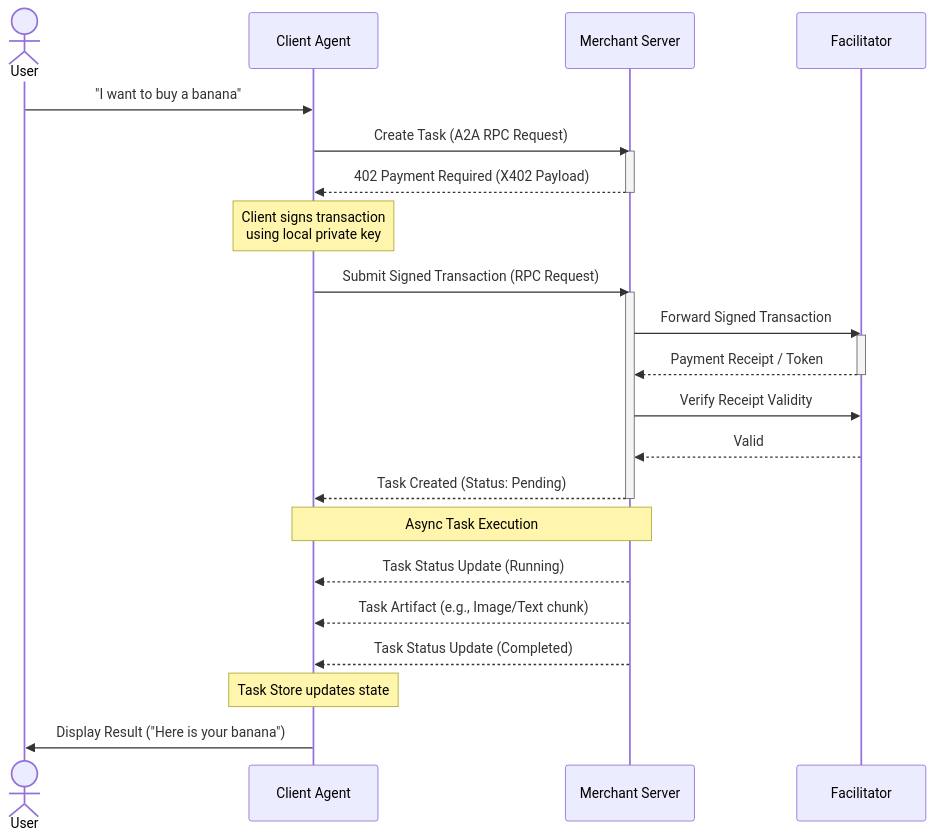
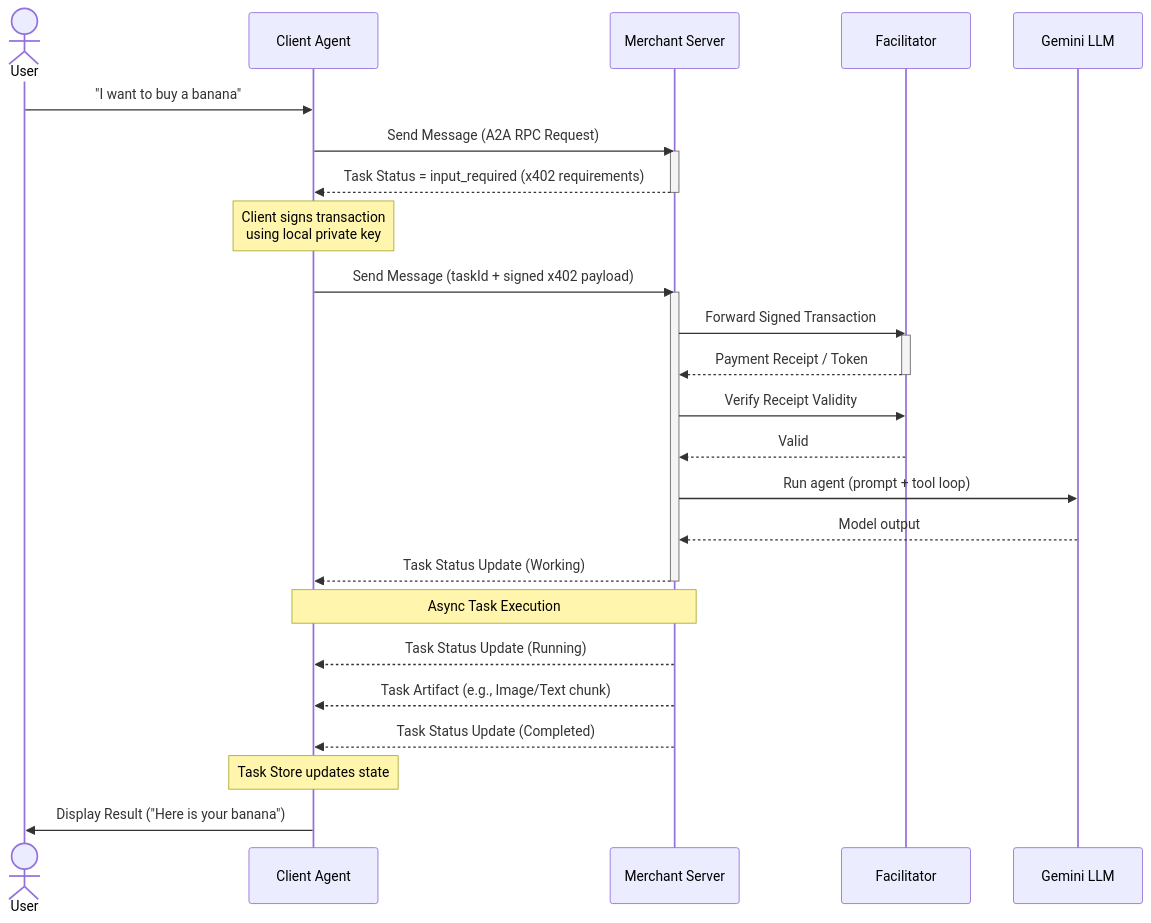
One commit to bankofai/x402-demo changed the second of 2 diagrams in a2a/README.md. Above: the diagram before and after it, drawn with Mermaid. The commit also changed other lines of this file and 14 other files, not shown here.

````diff
--- a/a2a/README.md
+++ b/a2a/README.md
@@ -42,41 +72,44 @@
 ```mermaid
 sequenceDiagram
     actor User
     participant Client as Client Agent
     participant Server as Merchant Server
     participant Fac as Facilitator
+    participant LLM as Gemini LLM
 
     User->>Client: "I want to buy a banana"
     
     %% Initial Task Request
-    Client->>Server: Create Task (A2A RPC Request)
+    Client->>Server: Send Message (A2A RPC Request)
     activate Server
-    Server-->>Client: 402 Payment Required (X402 Payload)
+    Server-->>Client: Task Status = input_required (x402 requirements)
     deactivate Server
     
     %% Payment Phase
     Note over Client: Client signs transaction<br/>using local private key
-    Client->>Server: Submit Signed Transaction (RPC Request)
+    Client->>Server: Send Message (taskId + signed x402 payload)
     activate Server
     Server->>Fac: Forward Signed Transaction
     activate Fac
     Fac-->>Server: Payment Receipt / Token
     deactivate Fac
     
     %% Resume Task with Payment
     Server->>Fac: Verify Receipt Validity
     Fac-->>Server: Valid
     
     %% Task Execution & Async Updates
-    Server-->>Client: Task Created (Status: Pending)
+    Server->>LLM: Run agent (prompt + tool loop)
+    LLM-->>Server: Model output
+    Server-->>Client: Task Status Update (Working)
     deactivate Server
     
     Note over Client, Server: Async Task Execution
     Server-->>Client: Task Status Update (Running)
     Server-->>Client: Task Artifact (e.g., Image/Text chunk)
     Server-->>Client: Task Status Update (Completed)
     
     %% Store updates and show to user
     Note over Client: Task Store updates state
     Client->>User: Display Result ("Here is your banana")
 ```
````
